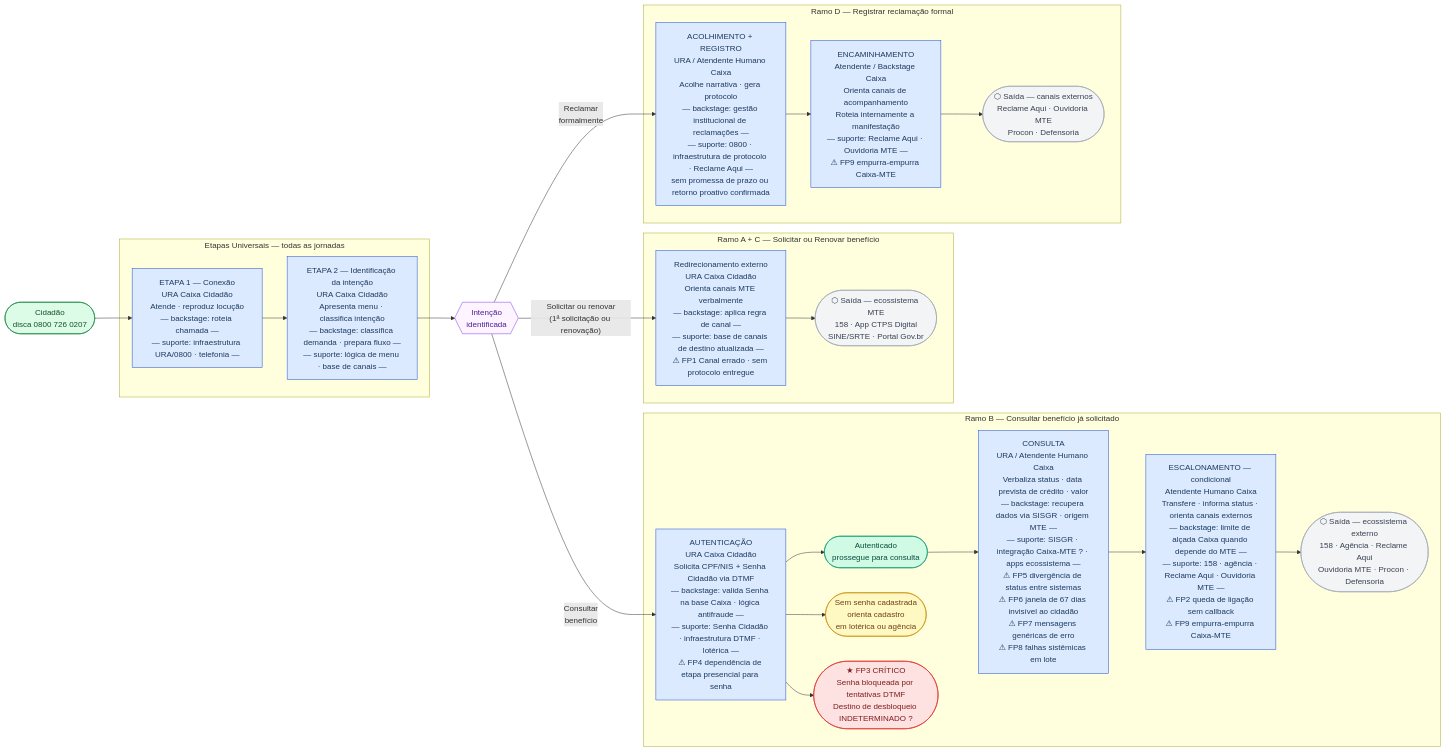
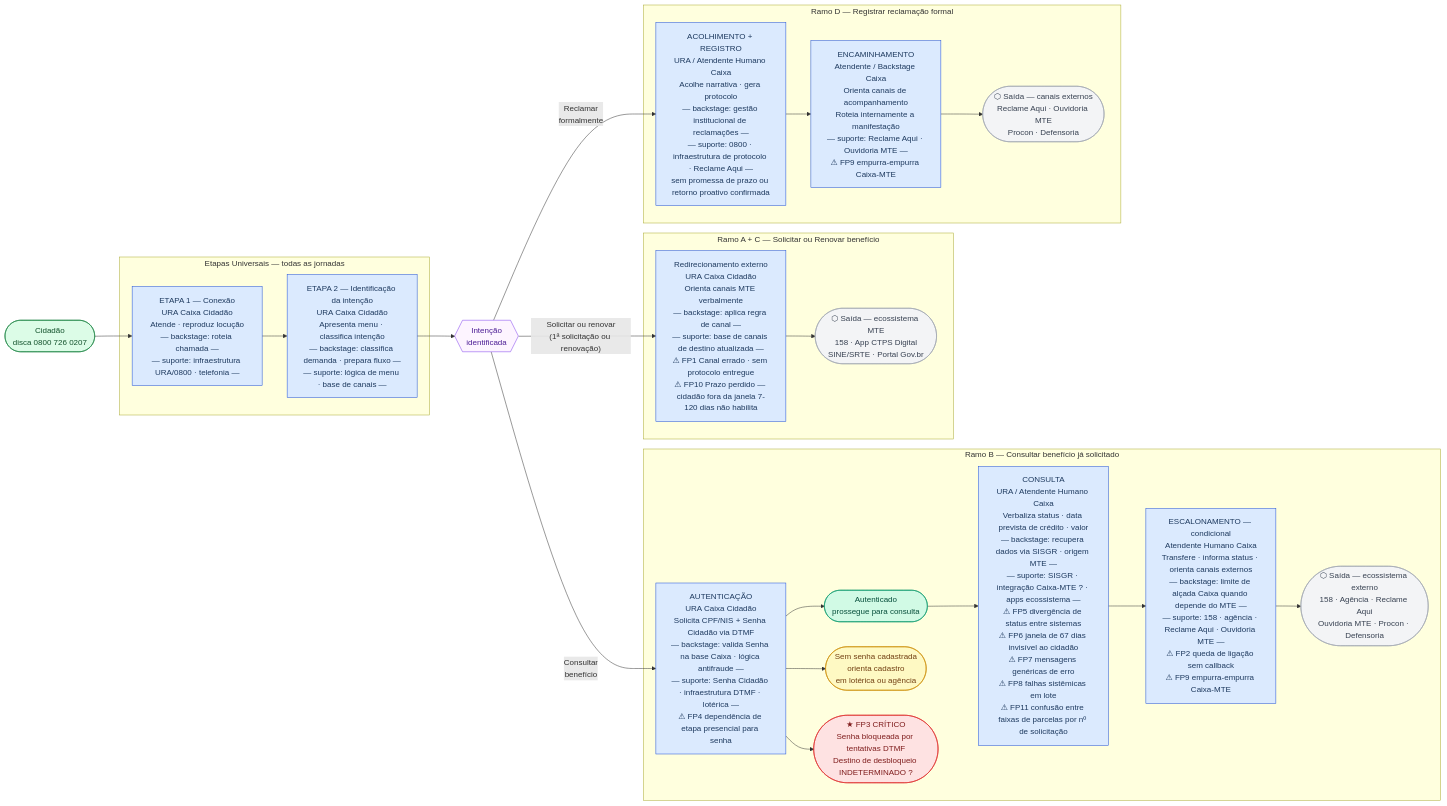
Before and after one commit to sergioleite37/exercicio-31: the diagram in D_diagrama_asis.md, drawn with Mermaid. The commit also changed other lines of this file and 2 other files, not shown here.

Commit message:
alinha C_blueprint, C_grill_transcript e D_diagrama: coerência entre artefatos
- C_blueprint: marca FP10 e FP11 na tabela principal (Frontstage e Backstage);
  move âncora ² para header do Ramo D; adiciona âncoras ⁴ e ⁶ nas células;
  clarifica notas estruturais ³ e ⁵; padroniza notação FP11 na Jornada C;
  registra FP10 e FP11 na seção de rastreabilidade; adiciona Tabela RACI
- C_grill_transcript: corrige caminhos C:\grill\ para C:\exercicio3.1\
- D_diagrama: adiciona FP10 no nó AC1 e FP11 no nó B2; adiciona referência
  cruzada para a RACI em C_blueprint_asis.md

````diff
--- a/D_diagrama_asis.md
+++ b/D_diagrama_asis.md
@@ -21,69 +21,69 @@
 ```mermaid
 flowchart LR
 
     START(["Cidadão\ndisca 0800 726 0207"])
 
     subgraph UNIV ["Etapas Universais — todas as jornadas"]
         E1["ETAPA 1 — Conexão\nURA Caixa Cidadão\nAtende · reproduz locução\n— backstage: roteia chamada —\n— suporte: infraestrutura URA/0800 · telefonia —"]
         E2["ETAPA 2 — Identificação da intenção\nURA Caixa Cidadão\nApresenta menu · classifica intenção\n— backstage: classifica demanda · prepara fluxo —\n— suporte: lógica de menu · base de canais —"]
     end
 
     BIF{{"Intenção\nidentificada"}}
 
     subgraph AC ["Ramo A + C — Solicitar ou Renovar benefício"]
-        AC1["Redirecionamento externo\nURA Caixa Cidadão\nOrienta canais MTE verbalmente\n— backstage: aplica regra de canal —\n— suporte: base de canais de destino atualizada —\n⚠ FP1 Canal errado · sem protocolo entregue"]
+        AC1["Redirecionamento externo\nURA Caixa Cidadão\nOrienta canais MTE verbalmente\n— backstage: aplica regra de canal —\n— suporte: base de canais de destino atualizada —\n⚠ FP1 Canal errado · sem protocolo entregue\n⚠ FP10 Prazo perdido — cidadão fora da janela 7-120 dias não habilita"]
         ACout(["⬡ Saída — ecossistema MTE\n158 · App CTPS Digital\nSINE/SRTE · Portal Gov.br"])
     end
 
     subgraph B ["Ramo B — Consultar benefício já solicitado"]
         B1["AUTENTICAÇÃO\nURA Caixa Cidadão\nSolicita CPF/NIS + Senha Cidadão via DTMF\n— backstage: valida Senha na base Caixa · lógica antifraude —\n— suporte: Senha Cidadão · infraestrutura DTMF · lotérica —\n⚠ FP4 dependência de etapa presencial para senha"]
 
         B1OK(["Autenticado\nprossegue para consulta"])
         B1NS(["Sem senha cadastrada\norienta cadastro\nem lotérica ou agência"])
         B1BL(["★ FP3 CRÍTICO\nSenha bloqueada por tentativas DTMF\nDestino de desbloqueio INDETERMINADO ?"])
 
-        B2["CONSULTA\nURA / Atendente Humano Caixa\nVerbaliza status · data prevista de crédito · valor\n— backstage: recupera dados via SISGR · origem MTE —\n— suporte: SISGR · integração Caixa-MTE ? · apps ecossistema —\n⚠ FP5 divergência de status entre sistemas\n⚠ FP6 janela de 67 dias invisível ao cidadão\n⚠ FP7 mensagens genéricas de erro\n⚠ FP8 falhas sistêmicas em lote"]
+        B2["CONSULTA\nURA / Atendente Humano Caixa\nVerbaliza status · data prevista de crédito · valor\n— backstage: recupera dados via SISGR · origem MTE —\n— suporte: SISGR · integração Caixa-MTE ? · apps ecossistema —\n⚠ FP5 divergência de status entre sistemas\n⚠ FP6 janela de 67 dias invisível ao cidadão\n⚠ FP7 mensagens genéricas de erro\n⚠ FP8 falhas sistêmicas em lote\n⚠ FP11 confusão entre faixas de parcelas por nº de solicitação"]
 
         B3["ESCALONAMENTO — condicional\nAtendente Humano Caixa\nTransfere · informa status · orienta canais externos\n— backstage: limite de alçada Caixa quando depende do MTE —\n— suporte: 158 · agência · Reclame Aqui · Ouvidoria MTE —\n⚠ FP2 queda de ligação sem callback\n⚠ FP9 empurra-empurra Caixa-MTE"]
 
         Bout(["⬡ Saída — ecossistema externo\n158 · Agência · Reclame Aqui\nOuvidoria MTE · Procon · Defensoria"])
     end
 
     subgraph D ["Ramo D — Registrar reclamação formal"]
         D1["ACOLHIMENTO + REGISTRO\nURA / Atendente Humano Caixa\nAcolhe narrativa · gera protocolo\n— backstage: gestão institucional de reclamações —\n— suporte: 0800 · infraestrutura de protocolo · Reclame Aqui —\nsem promessa de prazo ou retorno proativo confirmada"]
 
         D2["ENCAMINHAMENTO\nAtendente / Backstage Caixa\nOrienta canais de acompanhamento\nRoteia internamente a manifestação\n— suporte: Reclame Aqui · Ouvidoria MTE —\n⚠ FP9 empurra-empurra Caixa-MTE"]
 
         Dout(["⬡ Saída — canais externos\nReclame Aqui · Ouvidoria MTE\nProcon · Defensoria"])
     end
 
     START --> E1 --> E2 --> BIF
 
     BIF -->|"Solicitar ou renovar\n(1ª solicitação ou renovação)"| AC1
     AC1 --> ACout
 
     BIF -->|"Consultar\nbenefício"| B1
     B1 --> B1OK --> B2 --> B3 --> Bout
     B1 --> B1NS
     B1 --> B1BL
 
     BIF -->|"Reclamar\nformalmente"| D1
     D1 --> D2 --> Dout
 
     classDef ura fill:#dbeafe,stroke:#1d4ed8,color:#1e3a5f
     classDef critical fill:#fee2e2,stroke:#dc2626,color:#7f1d1d
     classDef exitnode fill:#f3f4f6,stroke:#9ca3af,color:#374151
     classDef startnode fill:#dcfce7,stroke:#15803d,color:#14532d
     classDef bifnode fill:#fdf4ff,stroke:#7c3aed,color:#4c1d95
     classDef oknode fill:#d1fae5,stroke:#059669,color:#064e3b
     classDef warnnode fill:#fef9c3,stroke:#ca8a04,color:#713f12
 
     class E1,E2,AC1,B1,B2,B3,D1,D2 ura
     class B1BL critical
     class ACout,Bout,Dout exit
     class ACout,Bout,Dout,B1NS exitnode
     class START startnode
     class BIF bifnode
     class B1OK oknode
     class B1NS warnnode
 ```
````
